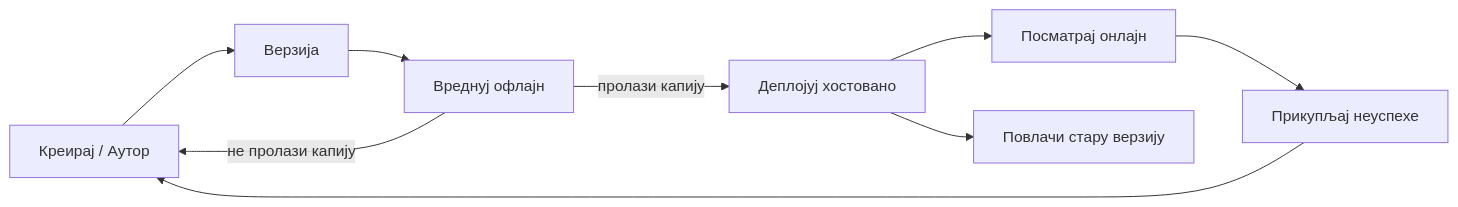
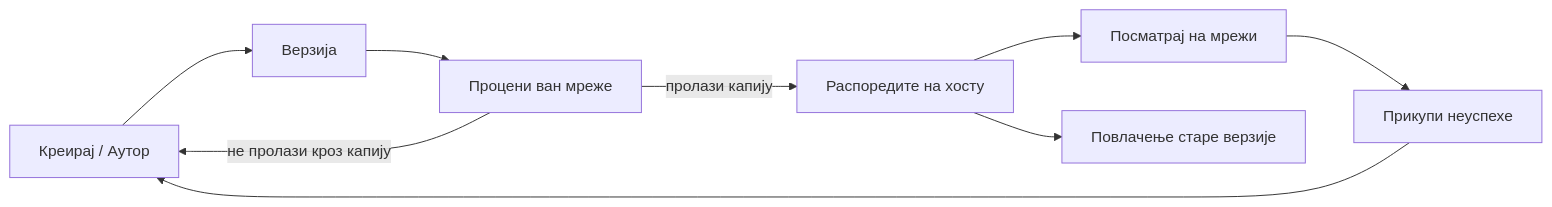
The second of 4 diagrams in mirrors/repos/microsoft@ai-agents-for-beginners/translations/sr/16-deploying-scalable-agents/README.md (gabrielmoreira/agent-skills-mirror), drawn with Mermaid before and after one commit. The commit also changed other lines of this file and 3581 other files, not shown here.

````diff
--- a/mirrors/repos/microsoft@ai-agents-for-beginners/translations/sr/16-deploying-scalable-agents/README.md
+++ b/mirrors/repos/microsoft@ai-agents-for-beginners/translations/sr/16-deploying-scalable-agents/README.md
@@ -108,11 +108,11 @@
 ```mermaid
 flowchart LR
     Create[Креирај / Аутор] --> Version[Верзија]
-    Version --> Evaluate[Вреднуј офлајн]
-    Evaluate -->|пролази капију| Deploy[Деплојуј хостовано]
-    Evaluate -->|не пролази капију| Create
-    Deploy --> Observe[Посматрај онлајн]
-    Observe --> Improve[Прикупљај неуспехе]
+    Version --> Evaluate[Процени ван мреже]
+    Evaluate -->|пролази капију| Deploy[Распоредите на хосту]
+    Evaluate -->|не пролази кроз капију| Create
+    Deploy --> Observe[Посматрај на мрежи]
+    Observe --> Improve[Прикупи неуспехе]
     Improve --> Create
-    Deploy --> Retire[Повлачи стару верзију]
+    Deploy --> Retire[Повлачење старе верзије]
 ```
````
